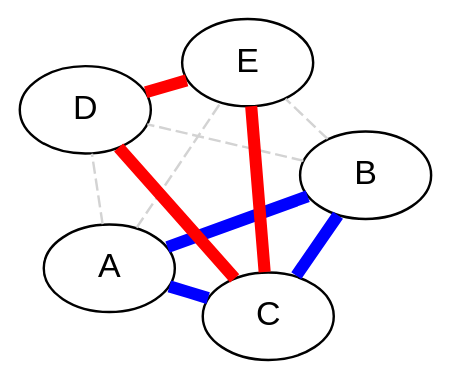
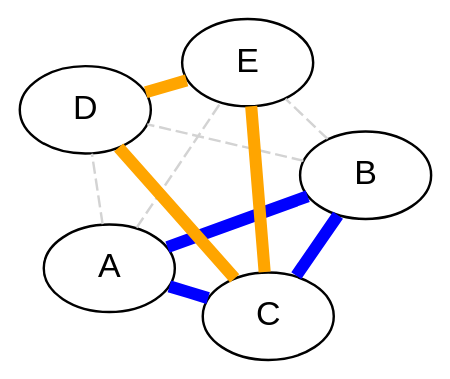
Before and after one commit to lvh/DistributedSystems101: the diagram in media/CAP/DoubleQuorum.dot, drawn with Graphviz. The commit also changed 1 other file, not shown here.

Commit message:
Working links aren't red

```diff
--- a/media/CAP/DoubleQuorum.dot
+++ b/media/CAP/DoubleQuorum.dot
@@ -1,38 +1,38 @@
 graph DoubleQuorum {
         bgcolor="transparent";
         node [fontname="Helvetica"];
         layout=fdp;        
         
         Node1 [label="A"];
         Node2 [label="B"];
 
         Node3 [label="C"];
 
         Node4 [label="D"];
         Node5 [label="E"];
 
         {
                 edge [color=blue, penwidth=5];
                 
                 Node1 -- Node2;
                 Node1 -- Node3;       
                 Node2 -- Node3;
         }
 
         {
-                edge [color=red, penwidth=5];
+                edge [color=orange, penwidth=5];
                 
                 Node3 -- Node4;                
                 Node3 -- Node5;               
                 Node4 -- Node5;
         }
         
         {
                 edge [color=lightgrey, style=dashed];                
                 
                 Node1 -- Node4;
                 Node1 -- Node5;
                 Node2 -- Node4;
                 Node2 -- Node5;
         }
 }
```
